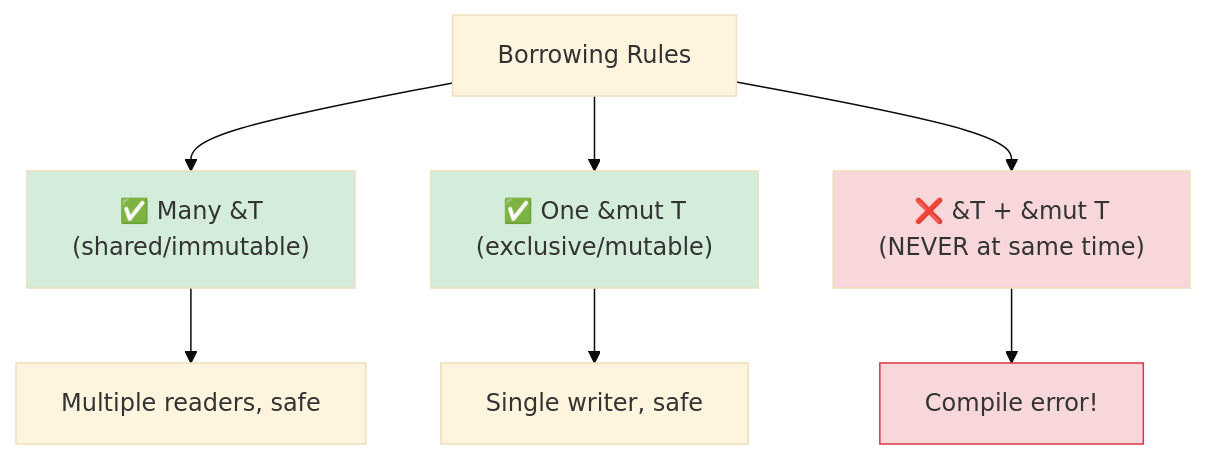
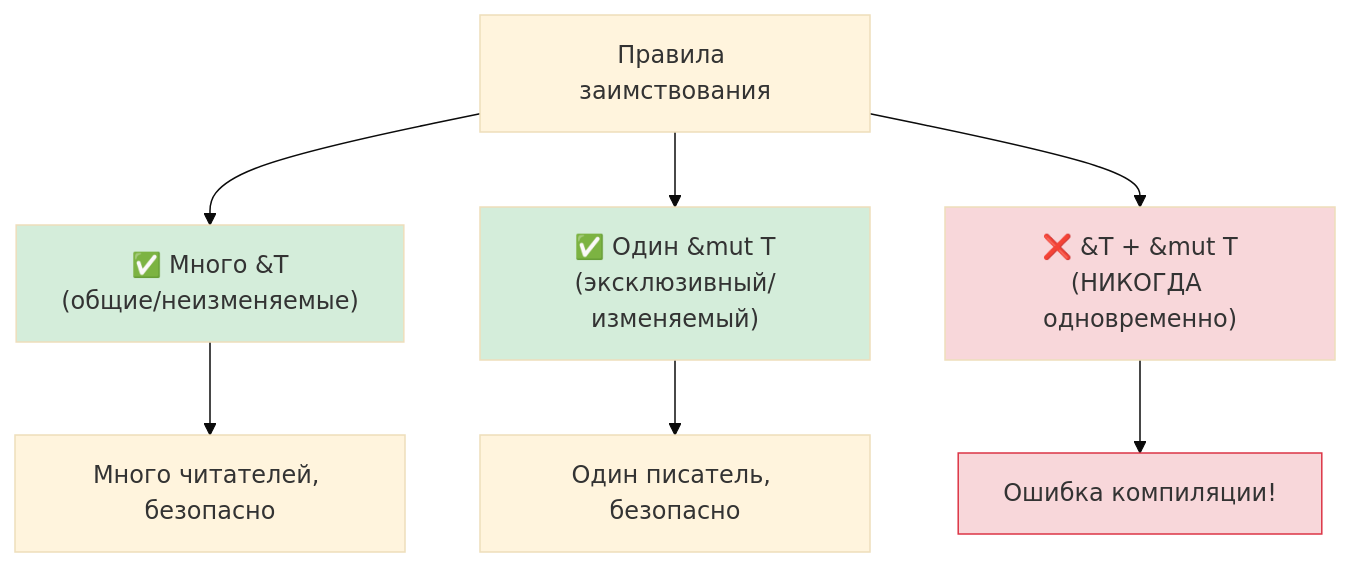
Before and after one commit to r007/RustTraining-Rus: the second of 2 diagrams in python-book/src/ch07-ownership-and-borrowing.md, drawn with Mermaid (base theme). The commit also changed other lines of this file and 10 other files, not shown here.

````diff
--- a/python-book/src/ch07-ownership-and-borrowing.md
+++ b/python-book/src/ch07-ownership-and-borrowing.md
@@ -204,13 +200,13 @@
 ```mermaid
 flowchart TD
-    R["Borrowing Rules"] --> IMM["✅ Many &T<br/>(shared/immutable)"]
-    R --> MUT["✅ One &mut T<br/>(exclusive/mutable)"]
-    R --> CONFLICT["❌ &T + &mut T<br/>(NEVER at same time)"]
-    IMM --> SAFE["Multiple readers, safe"]
-    MUT --> SAFE2["Single writer, safe"]
-    CONFLICT --> ERR["Compile error!"]
+    R["Правила заимствования"] --> IMM["✅ Много &T<br/>(общие/неизменяемые)"]
+    R --> MUT["✅ Один &mut T<br/>(эксклюзивный/изменяемый)"]
+    R --> CONFLICT["❌ &T + &mut T<br/>(НИКОГДА одновременно)"]
+    IMM --> SAFE["Много читателей, безопасно"]
+    MUT --> SAFE2["Один писатель, безопасно"]
+    CONFLICT --> ERR["Ошибка компиляции!"]
     style IMM fill:#d4edda
     style MUT fill:#d4edda
     style CONFLICT fill:#f8d7da
     style ERR fill:#f8d7da,stroke:#dc3545
 ```
````
